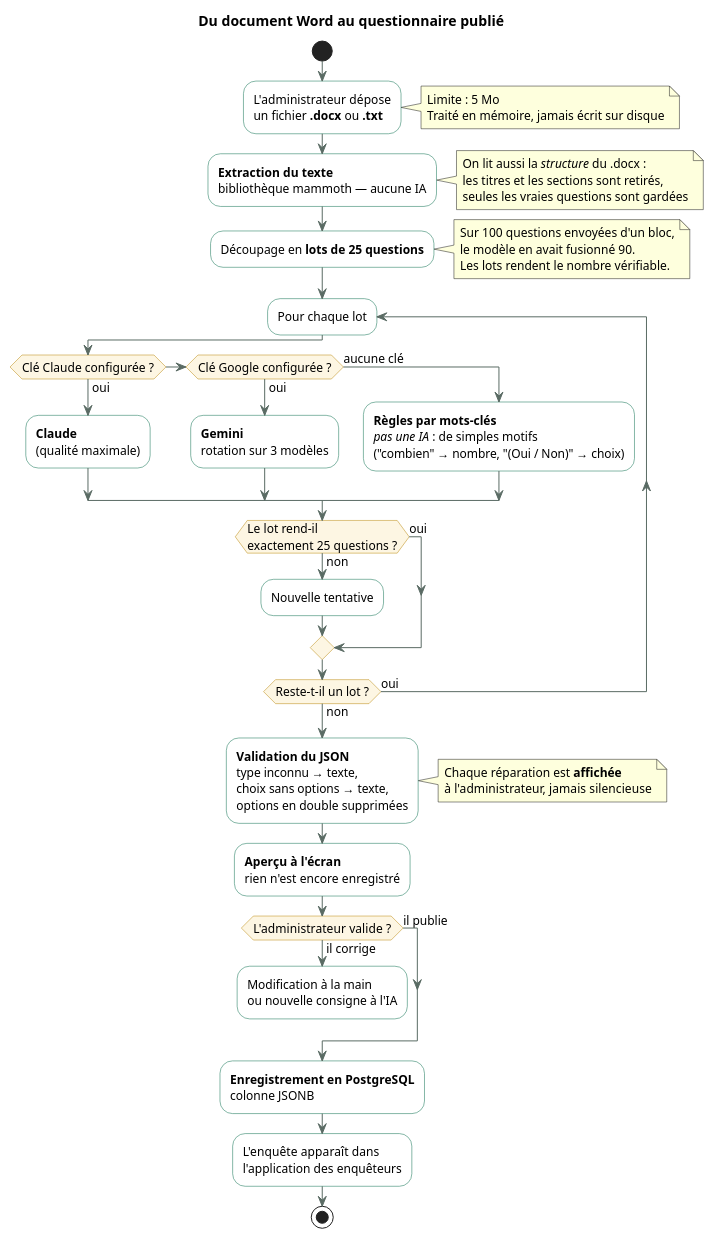
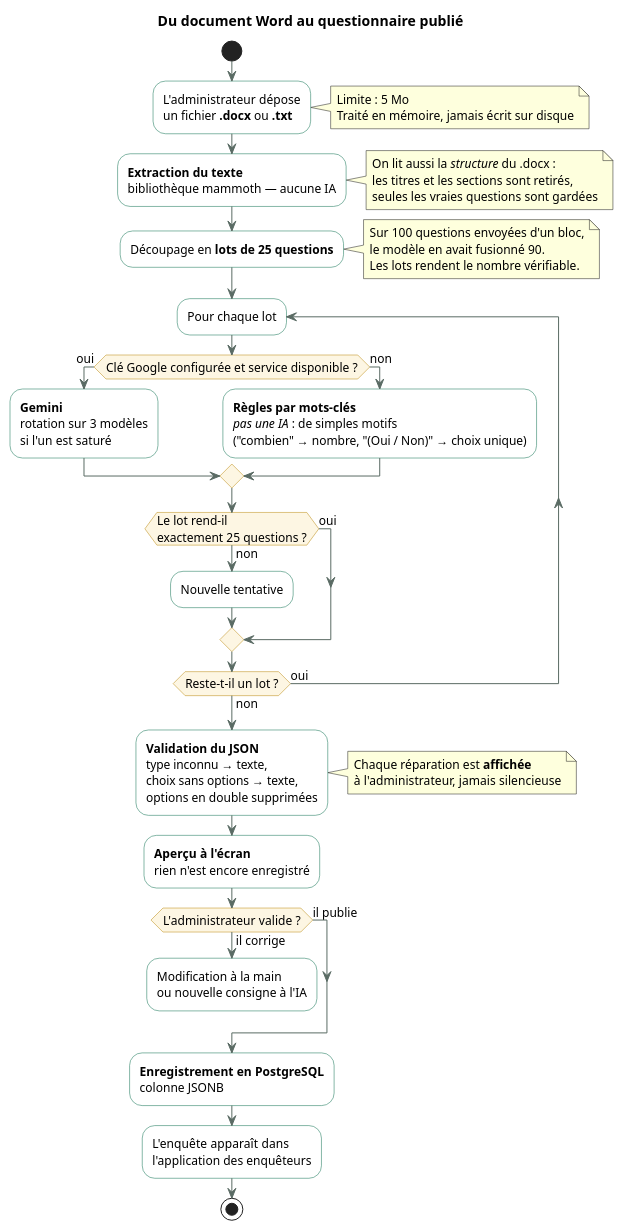
The diagram in docs/diagrammes/pipeline-word-vers-json.puml (matrix049/hcp), drawn with PlantUML before and after one commit. The commit also changed 12 other files, not shown here.

```diff
--- a/docs/diagrammes/pipeline-word-vers-json.puml
+++ b/docs/diagrammes/pipeline-word-vers-json.puml
@@ -1,93 +1,91 @@
 @startuml
 ' ═══════════════════════════════════════════════════════════════
 '  Comment un document Word devient une enquête utilisable
 '  À coller sur https://www.plantuml.com/plantuml/uml
 ' ═══════════════════════════════════════════════════════════════
 
 title Du document Word au questionnaire publié
 
 skinparam backgroundColor #FFFFFF
 skinparam shadowing false
 skinparam defaultFontName Segoe UI
 skinparam defaultFontSize 12
 skinparam ArrowColor #5A6B64
 skinparam activity {
   BorderColor #0B6E4F
   BackgroundColor #FFFFFF
   DiamondBorderColor #B8860B
   DiamondBackgroundColor #FDF6E3
 }
 
 start
 
 :L'administrateur dépose
 un fichier **.docx** ou **.txt**;
 note right
   Limite : 5 Mo
   Traité en mémoire, jamais écrit sur disque
 end note
 
 :**Extraction du texte**
 bibliothèque mammoth — aucune IA;
 note right
   On lit aussi la //structure// du .docx :
   les titres et les sections sont retirés,
   seules les vraies questions sont gardées
 end note
 
 :Découpage en **lots de 25 questions**;
 note right
   Sur 100 questions envoyées d'un bloc,
   le modèle en avait fusionné 90.
   Les lots rendent le nombre vérifiable.
 end note
 
 repeat :Pour chaque lot;
 
-  if (Clé Claude configurée ?) then (oui)
-    :**Claude**
-    (qualité maximale);
-  elseif (Clé Google configurée ?) then (oui)
+  if (Clé Google configurée et service disponible ?) then (oui)
     :**Gemini**
-    rotation sur 3 modèles;
-  else (aucune clé)
+    rotation sur 3 modèles
+    si l'un est saturé;
+  else (non)
     :**Règles par mots-clés**
     //pas une IA// : de simples motifs
-    ("combien" → nombre, "(Oui / Non)" → choix);
+    ("combien" → nombre, "(Oui / Non)" → choix unique);
   endif
 
   if (Le lot rend-il\nexactement 25 questions ?) then (non)
     :Nouvelle tentative;
   else (oui)
   endif
 
 repeat while (Reste-t-il un lot ?) is (oui) not (non)
 
 :**Validation du JSON**
 type inconnu → texte,
 choix sans options → texte,
 options en double supprimées;
 note right
   Chaque réparation est **affichée**
   à l'administrateur, jamais silencieuse
 end note
 
 :**Aperçu à l'écran**
 rien n'est encore enregistré;
 
 if (L'administrateur valide ?) then (il corrige)
   :Modification à la main
   ou nouvelle consigne à l'IA;
   detach
 else (il publie)
 endif
 
 :**Enregistrement en PostgreSQL**
 colonne JSONB;
 
 :L'enquête apparaît dans
 l'application des enquêteurs;
 
 stop
 
 @enduml
```
